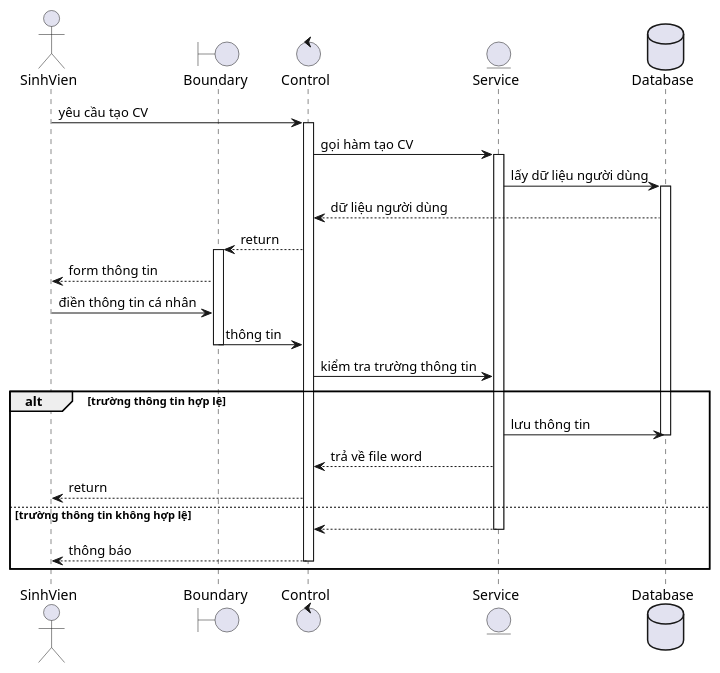
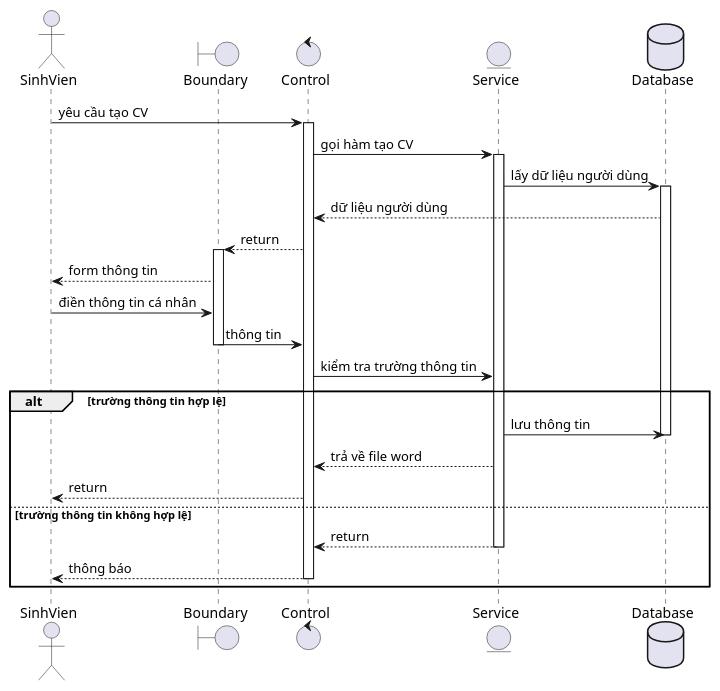
One commit to toroieno/HUST changed the diagram in DA_II/drawio/sequence/createCV.wsd. Above: the diagram before and after it, drawn with PlantUML. The commit also changed 22 other files, not shown here.

```diff
--- a/DA_II/drawio/sequence/createCV.wsd
+++ b/DA_II/drawio/sequence/createCV.wsd
@@ -1,35 +1,35 @@
-@startuml login
+@startuml cv
 
 actor       SinhVien    as A
 boundary    Boundary    as B
 control     Control     as C
 entity      Service     as S
 database    Database    as D
 
 A -> C : yêu cầu tạo CV
 activate C
 C -> S : gọi hàm tạo CV
 activate S
 S -> D : lấy dữ liệu người dùng
 activate D
 D --> C : dữ liệu người dùng
 C --> B : return
 activate B
 B --> A : form thông tin
 A -> B : điền thông tin cá nhân
 B -> C : thông tin
 deactivate B
 C -> S : kiểm tra trường thông tin
 alt trường thông tin hợp lệ
   S -> D : lưu thông tin
   deactivate D
   S --> C : trả về file word
   C --> A : return
 else trường thông tin không hợp lệ
-  S --> C : 
+  S --> C : return
   deactivate S
   C --> A : thông báo 
   deactivate C
 end
 
 @enduml
```
